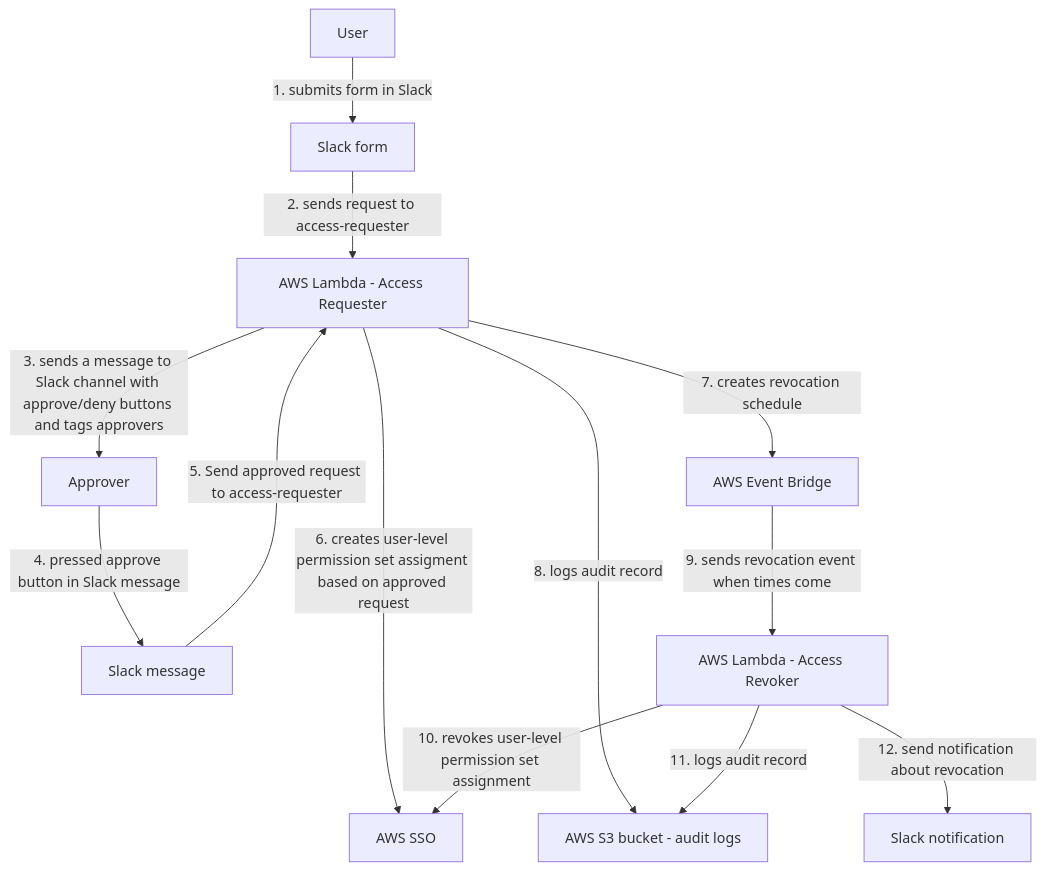
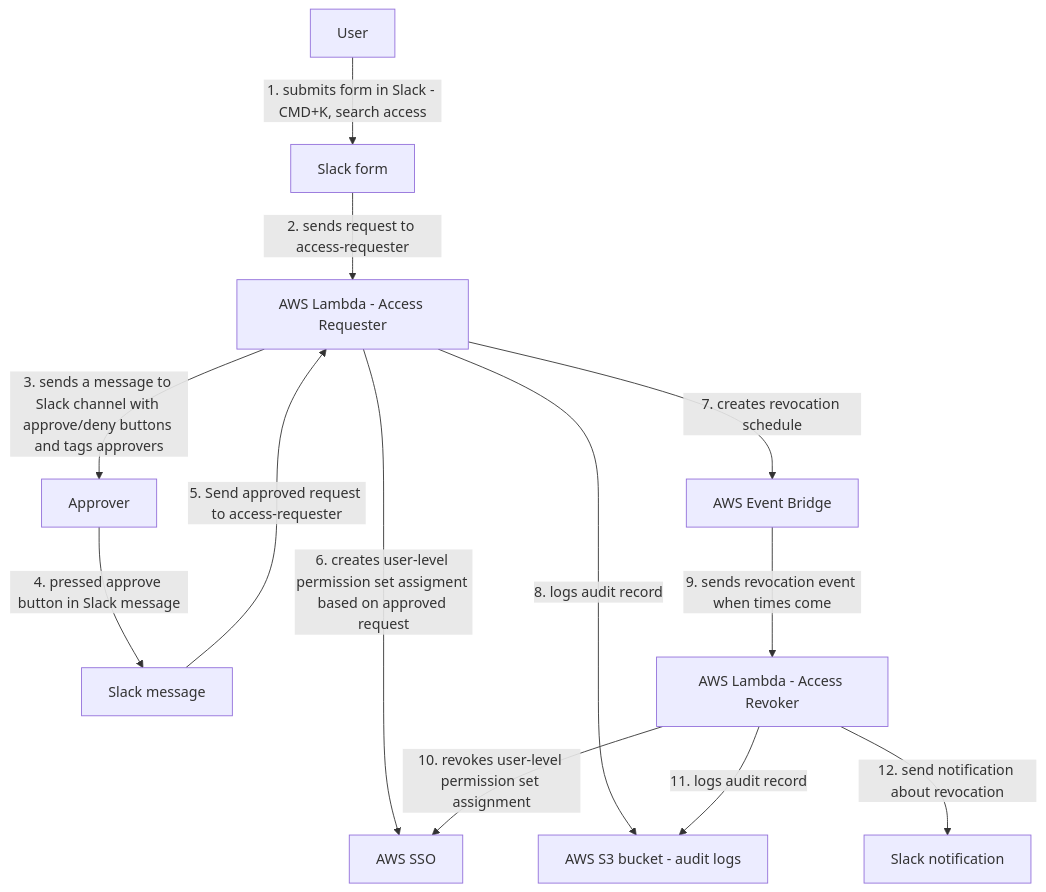
Before and after one commit to fivexl/terraform-aws-sso-elevator: the diagram in README.md, drawn with Mermaid.

Commit message:
more docs

````diff
--- a/README.md
+++ b/README.md
@@ -40,25 +40,25 @@
 ```mermaid
 flowchart TB
     User[User]
     Approver[Approver]
     Slack1[Slack form]
     Slack2[Slack message]
     Slack3[Slack notification]
     Handler[AWS Lambda - Access Requester]
     Revoker[AWS Lambda - Access Revoker]
     SSO[AWS SSO]
     EB[AWS Event Bridge]
     S3[AWS S3 bucket - audit logs]
-    User --> | 1. submits form in Slack| Slack1
+    User --> | 1. submits form in Slack - CMD+K, search access | Slack1
     Slack1 --> | 2. sends request to access-requester| Handler
     Handler --> | 3. sends a message to Slack channel with approve/deny buttons and tags approvers | Approver
     Approver --> | 4. pressed approve button in Slack message | Slack2
     Slack2 --> | 5. Send approved request to access-requester | Handler
     Handler --> | 6. creates user-level permission set assigment based on approved request| SSO
     Handler --> | 7. creates revocation schedule | EB
     Handler --> | 8. logs audit record | S3
     EB --> | 9. sends revocation event when times come | Revoker
     Revoker --> | 10. revokes user-level permission set assignment | SSO
     Revoker --> | 11. logs audit record | S3
     Revoker --> | 12. send notification about revocation | Slack3
 ```
````
